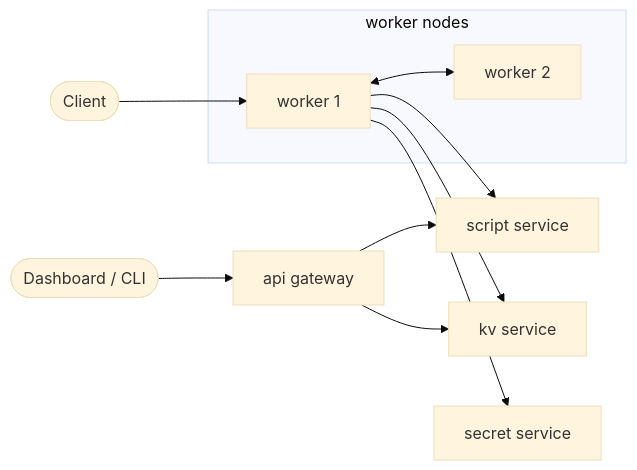
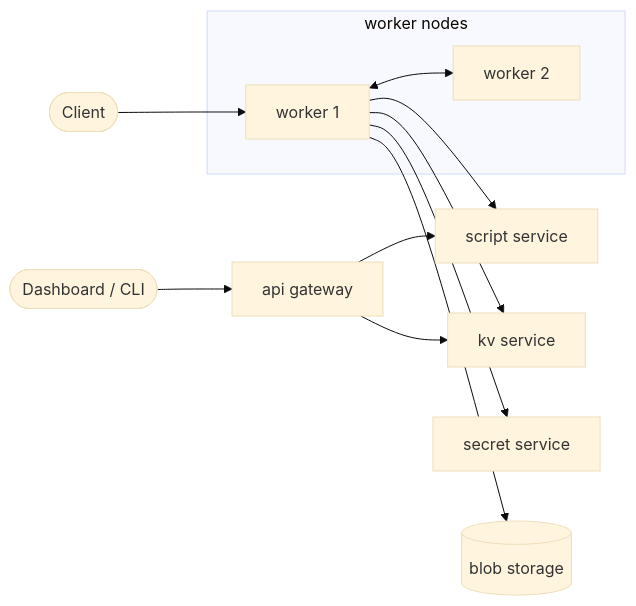
The first of 3 diagrams in actias-web/src/content/docs/internals/topology.mdx (JSH32/actias), drawn with Mermaid (base theme) before and after one commit. The commit also changed other lines of this file and 21 other files, not shown here.

````diff
--- a/actias-web/src/content/docs/internals/topology.mdx
+++ b/actias-web/src/content/docs/internals/topology.mdx
@@ -30,13 +31,14 @@
 ```mermaid
 flowchart LR
     client([Client]) --> w1
     subgraph workers[worker nodes]
         w1[worker 1] <--> w2[worker 2]
     end
     w1 --> ss[script service]
     w1 --> kv[kv service]
     w1 --> sec[secret service]
+    w1 --> blob[(blob storage)]
     api[api gateway] --> ss
     api --> kv
     dash([Dashboard / CLI]) --> api
 ```
````
